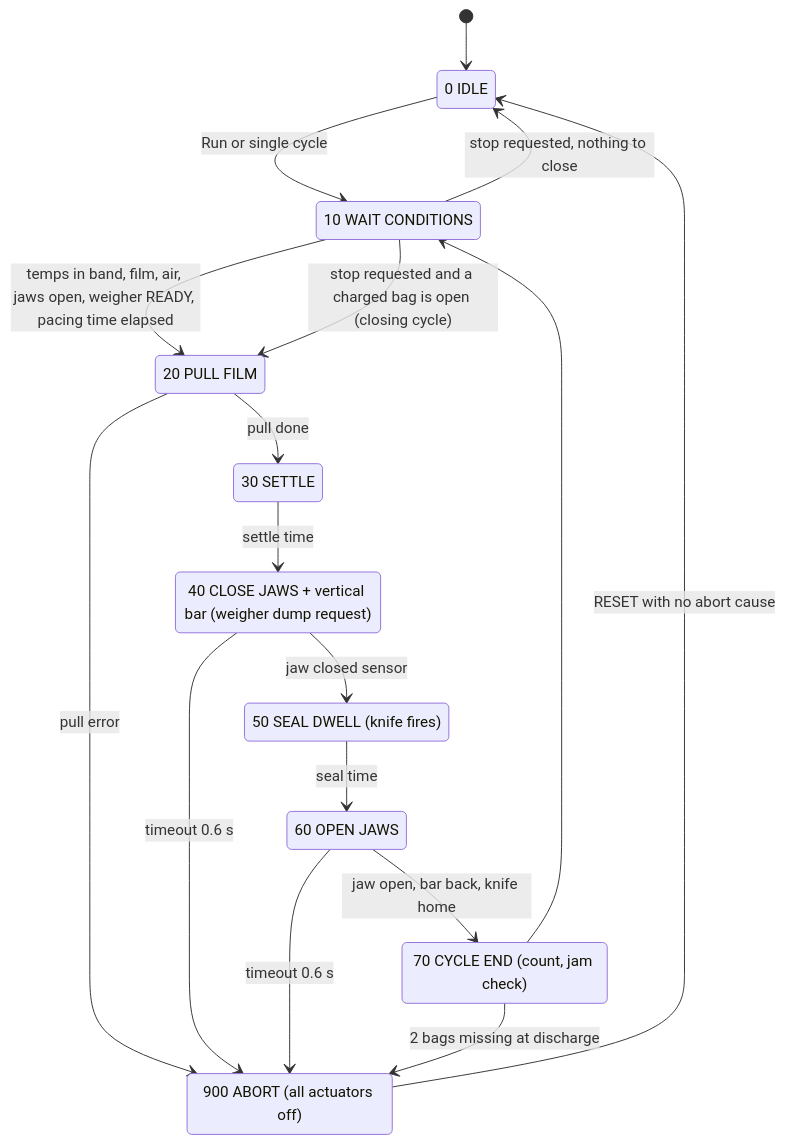
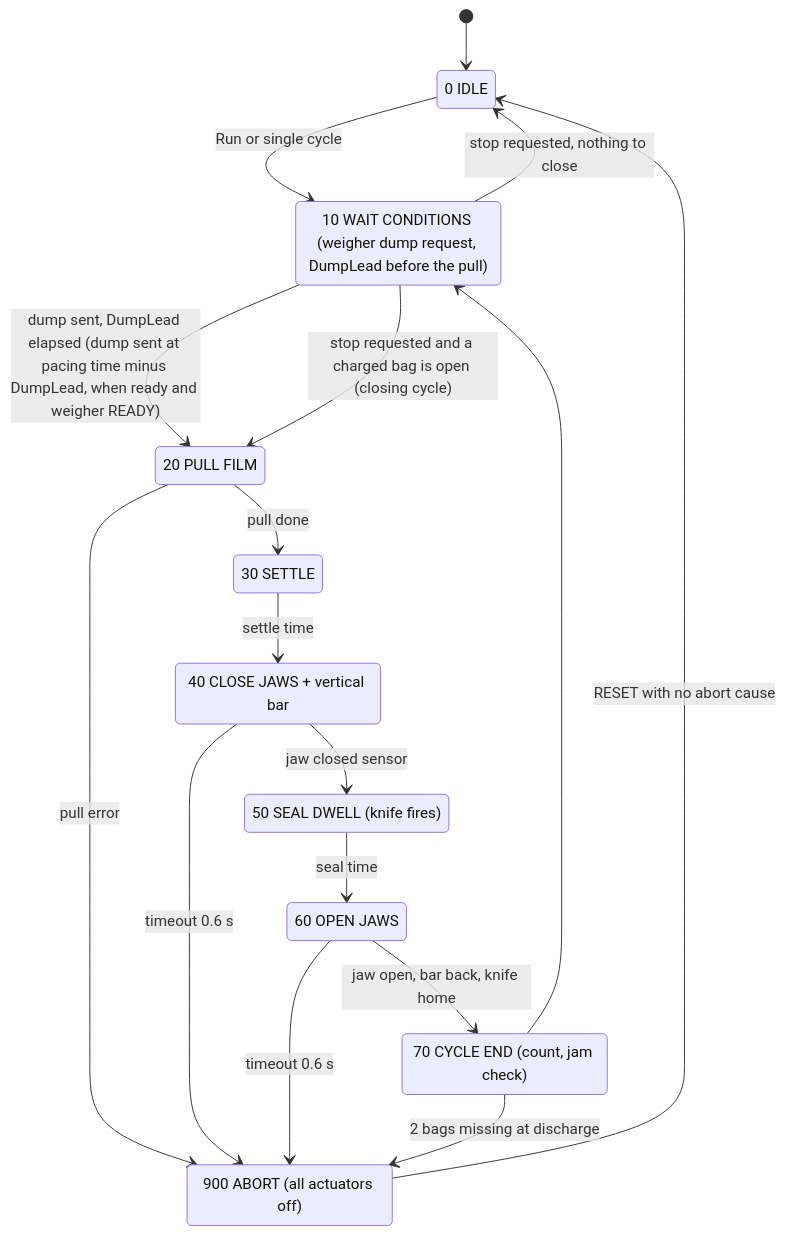
Before and after one commit to qaessafty-arch/Plc: the second of 2 diagrams in AUTOMATION/SEQUENCES/sequences.md, drawn with Mermaid. The commit also changed other lines of this file and 18 other files, not shown here.

First line of the commit message:
Send the weigher dump before the film pull so the charge lands on closed jaws

````diff
--- a/AUTOMATION/SEQUENCES/sequences.md
+++ b/AUTOMATION/SEQUENCES/sequences.md
@@ -41,28 +41,28 @@
 ```mermaid
 stateDiagram-v2
   [*] --> S0
   S0: 0 IDLE
-  S10: 10 WAIT CONDITIONS
+  S10: 10 WAIT CONDITIONS (weigher dump request, DumpLead before the pull)
   S20: 20 PULL FILM
   S30: 30 SETTLE
-  S40: 40 CLOSE JAWS + vertical bar (weigher dump request)
+  S40: 40 CLOSE JAWS + vertical bar
   S50: 50 SEAL DWELL (knife fires)
   S60: 60 OPEN JAWS
   S70: 70 CYCLE END (count, jam check)
   S900: 900 ABORT (all actuators off)
   S0 --> S10: Run or single cycle
-  S10 --> S20: temps in band, film, air, jaws open, weigher READY, pacing time elapsed
+  S10 --> S20: dump sent, DumpLead elapsed (dump sent at pacing time minus DumpLead, when ready and weigher READY)
   S10 --> S20: stop requested and a charged bag is open (closing cycle)
   S10 --> S0: stop requested, nothing to close
   S20 --> S30: pull done
   S30 --> S40: settle time
   S40 --> S50: jaw closed sensor
   S50 --> S60: seal time
   S60 --> S70: jaw open, bar back, knife home
   S70 --> S10
   S20 --> S900: pull error
   S40 --> S900: timeout 0.6 s
   S60 --> S900: timeout 0.6 s
   S70 --> S900: 2 bags missing at discharge
   S900 --> S0: RESET with no abort cause
 ```
````
